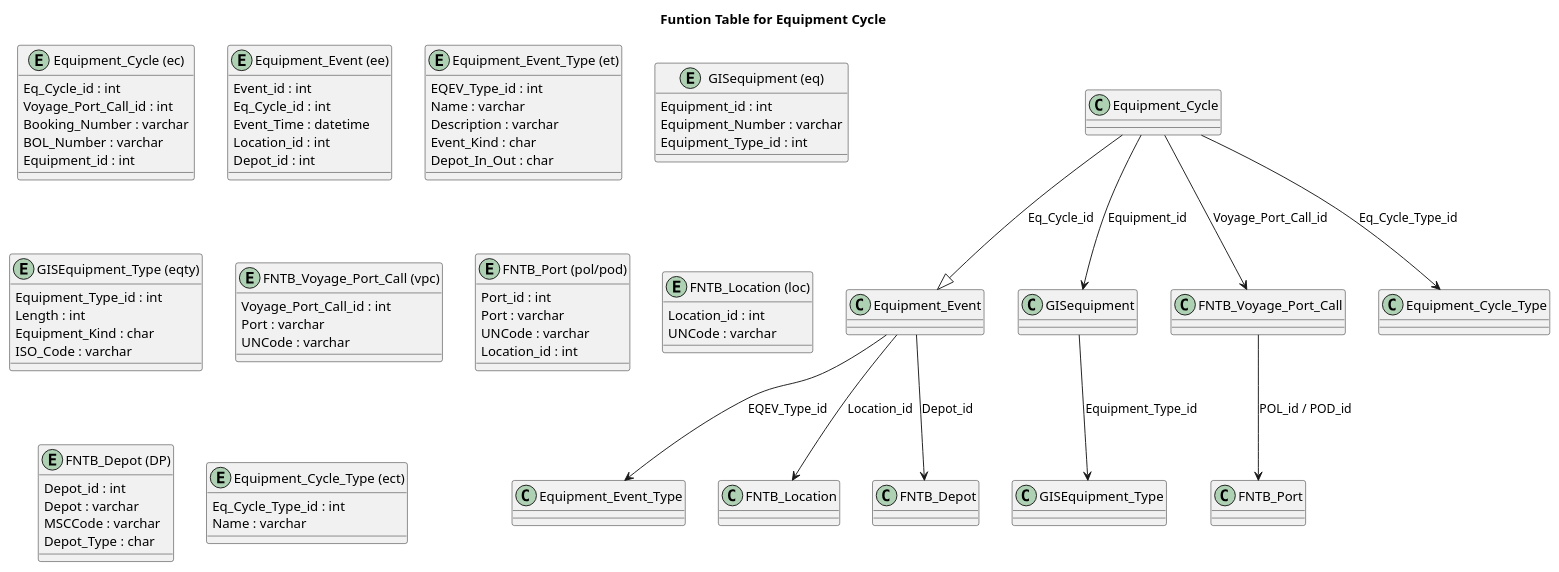
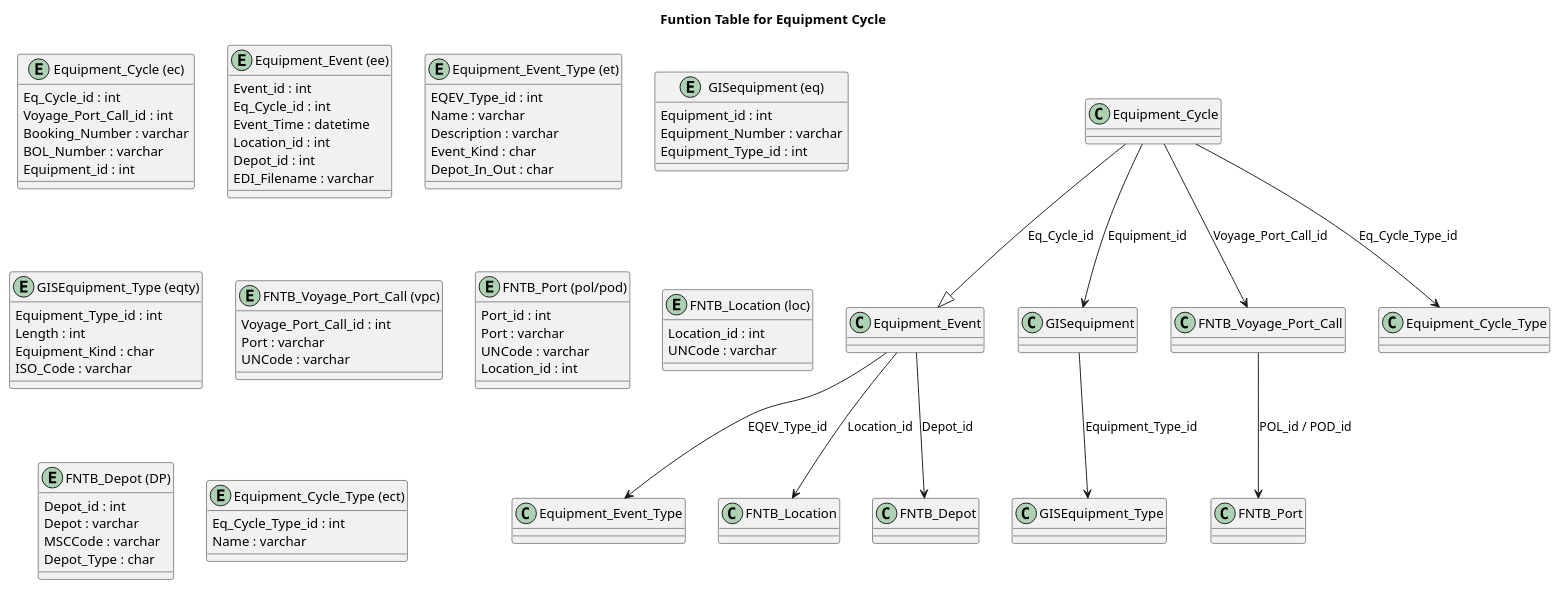
The diagram in DCC_Trasporti_H/FNTB_Equipment_Cycle_Sub.puml (grellag/Project_Python), drawn with PlantUML before and after one commit.

Commit message:
Aggiunta la colonna EDI_Filename nel diagramma del Equipment Cycle

```diff
--- a/DCC_Trasporti_H/FNTB_Equipment_Cycle_Sub.puml
+++ b/DCC_Trasporti_H/FNTB_Equipment_Cycle_Sub.puml
@@ -1,82 +1,83 @@
 @startuml
 
 title Funtion Table for Equipment Cycle
 
 entity "Equipment_Cycle (ec)" {
     Eq_Cycle_id : int
     Voyage_Port_Call_id : int
     Booking_Number : varchar
     BOL_Number : varchar
     Equipment_id : int
 }
 
 entity "Equipment_Event (ee)" {
     Event_id : int
     Eq_Cycle_id : int
     Event_Time : datetime
     Location_id : int
     Depot_id : int
+    EDI_Filename : varchar
 }
 
 entity "Equipment_Event_Type (et)" {
     EQEV_Type_id : int
     Name : varchar
     Description : varchar
     Event_Kind : char
     Depot_In_Out : char
 }
 
 entity "GISequipment (eq)" {
     Equipment_id : int
     Equipment_Number : varchar
     Equipment_Type_id : int
 }
 
 entity "GISEquipment_Type (eqty)" {
     Equipment_Type_id : int
     Length : int
     Equipment_Kind : char
     ISO_Code : varchar
 }
 
 entity "FNTB_Voyage_Port_Call (vpc)" {
     Voyage_Port_Call_id : int
     Port : varchar
     UNCode : varchar
 }
 
 entity "FNTB_Port (pol/pod)" {
     Port_id : int
     Port : varchar
     UNCode : varchar
     Location_id : int
 }
 
 entity "FNTB_Location (loc)" {
     Location_id : int
     UNCode : varchar
 }
 
 entity "FNTB_Depot (DP)" {
     Depot_id : int
     Depot : varchar
     MSCCode : varchar
     Depot_Type : char
 }
 
 entity "Equipment_Cycle_Type (ect)" {
     Eq_Cycle_Type_id : int
     Name : varchar
 }
 
 Equipment_Cycle --|> Equipment_Event : "Eq_Cycle_id"
 Equipment_Event --> Equipment_Event_Type : "EQEV_Type_id"
 Equipment_Cycle --> GISequipment : "Equipment_id"
 GISequipment --> GISEquipment_Type : "Equipment_Type_id"
 Equipment_Cycle --> FNTB_Voyage_Port_Call : "Voyage_Port_Call_id"
 FNTB_Voyage_Port_Call --> FNTB_Port : "POL_id / POD_id"
 Equipment_Event --> FNTB_Location : "Location_id"
 Equipment_Event --> FNTB_Depot : "Depot_id"
 Equipment_Cycle --> Equipment_Cycle_Type : "Eq_Cycle_Type_id"
 
 @enduml
```
